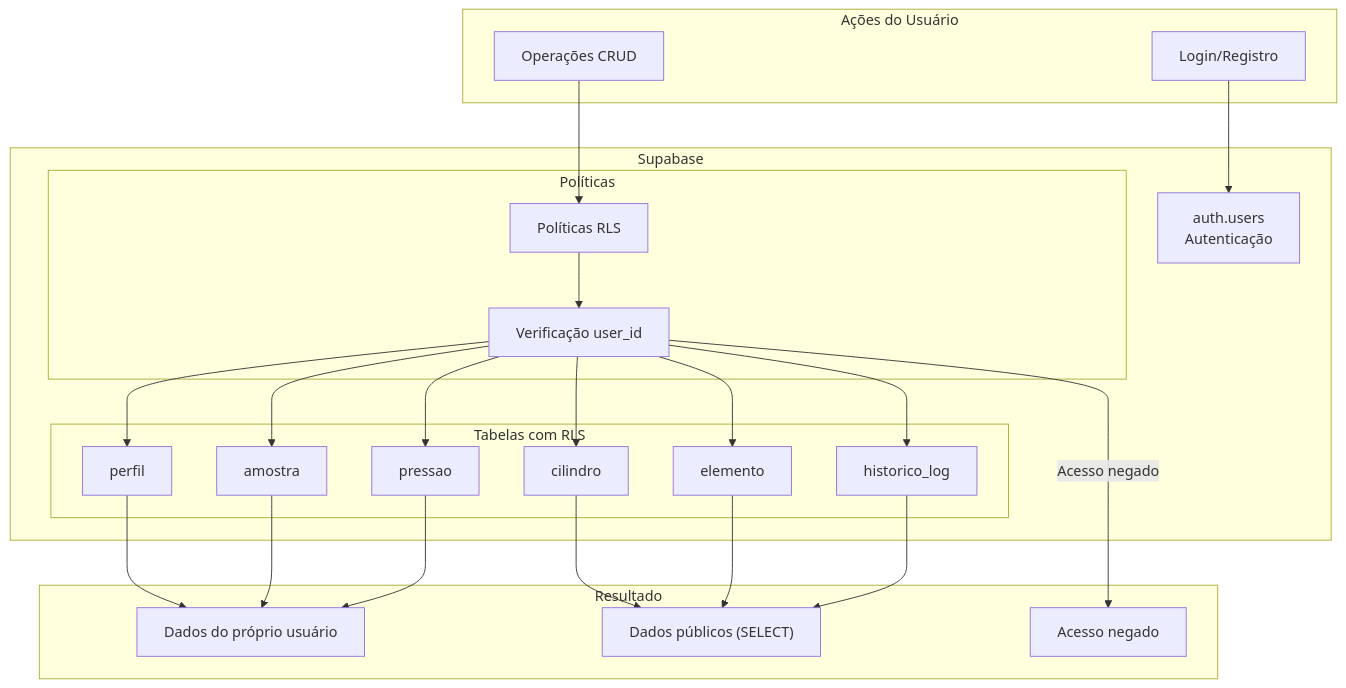
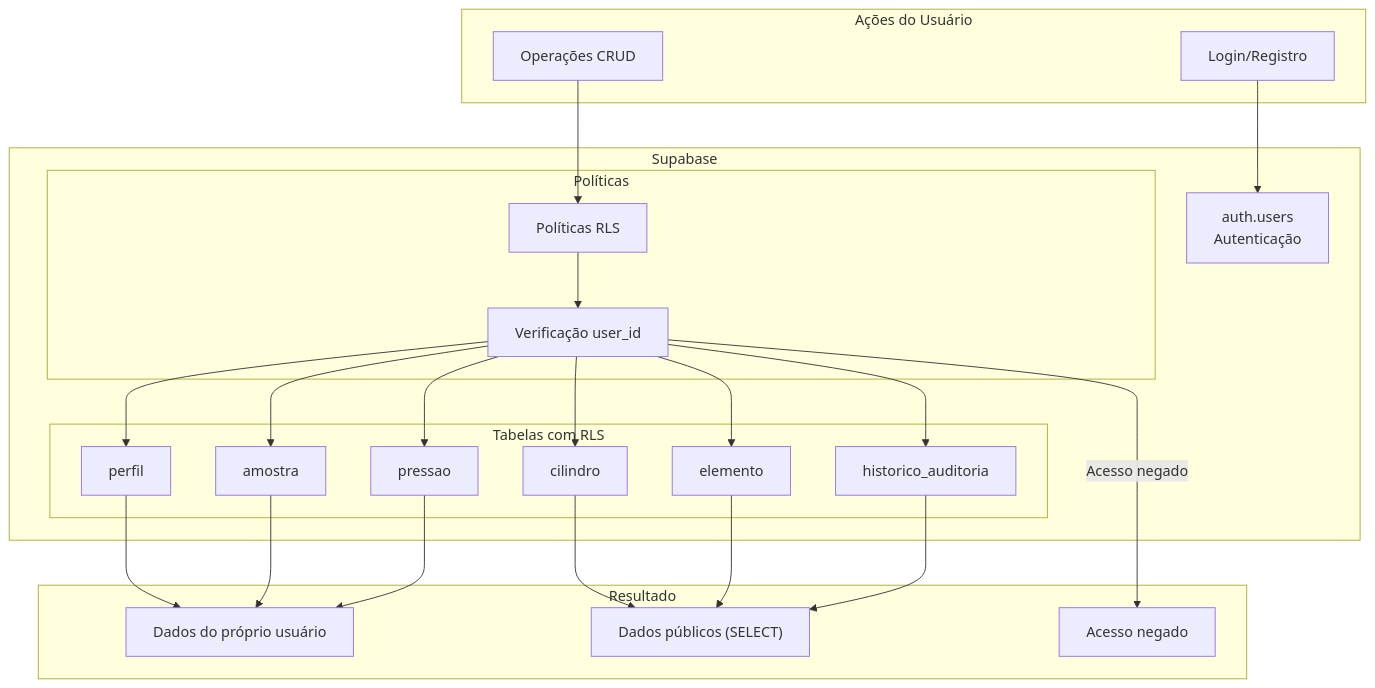
One commit to cavalcanteprofissional/labgas-manager changed the fourth of 6 diagrams in README.MD. Above: the diagram before and after it, drawn with Mermaid. The commit also changed other lines of this file and 36 other files, not shown here.

Commit message:
v2.17.0: Fases 70-77 — filtros Pressão, nomenclatura de cilindros, KPIs do dashboard e refatoração historico_log → historico_auditoria

````diff
--- a/README.MD
+++ b/README.MD
@@ -453,50 +454,50 @@
 ```mermaid
 flowchart TB
     subgraph "Ações do Usuário"
         Login["Login/Registro"]
         CRUD["Operações CRUD"]
     end
     
     subgraph "Supabase"
         Auth["auth.users<br/>Autenticação"]
         
         subgraph "Tabelas com RLS"
             T1["perfil"]
             T2["cilindro"]
             T3["elemento"]
             T4["amostra"]
             T5["pressao"]
-            T6["historico_log"]
+            T6["historico_auditoria"]
         end
         
         subgraph "Políticas"
             P1["Políticas RLS"]
             P2["Verificação user_id"]
         end
     end
     
     subgraph "Resultado"
         D1["Dados do próprio usuário"]
         D2["Dados públicos (SELECT)"]
         D3["Acesso negado"]
     end
     
     Login --> Auth
     CRUD --> P1
     P1 --> P2
     P2 --> T1
     P2 --> T2
     P2 --> T3
     P2 --> T4
     P2 --> T5
     P2 --> T6
     
     T1 --> D1
     T2 --> D2
     T3 --> D2
     T4 --> D1
     T5 --> D1
     T6 --> D2
     
     P2 -->|Acesso negado| D3
 ```
````
